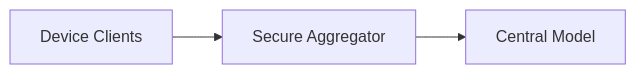
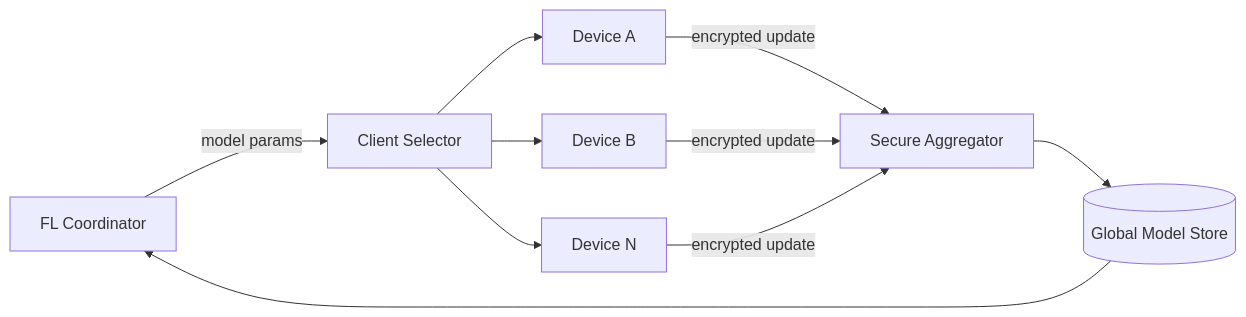
The diagram in site/content/designs/federated-learning.md (huangsam/systology), drawn with Mermaid before and after one commit. The commit also changed other lines of this file, not shown here.

```diff
--- a/site/content/designs/federated-learning.md
+++ b/site/content/designs/federated-learning.md
@@ -22,5 +22,12 @@
 {{< mermaid >}}
 graph LR
-  Devices[Device Clients] --> Aggregator[Secure Aggregator]
-  Aggregator --> Model[Central Model]
+  Coordinator[FL Coordinator] -->|model params| Selector[Client Selector]
+  Selector --> DeviceA[Device A]
+  Selector --> DeviceB[Device B]
+  Selector --> DeviceN[Device N]
+  DeviceA -->|encrypted update| Aggregator[Secure Aggregator]
+  DeviceB -->|encrypted update| Aggregator
+  DeviceN -->|encrypted update| Aggregator
+  Aggregator --> GlobalModel[(Global Model Store)]
+  GlobalModel --> Coordinator
 {{< /mermaid >}}
```
